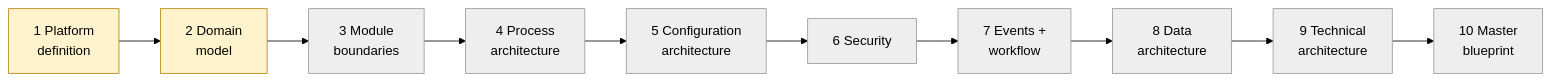
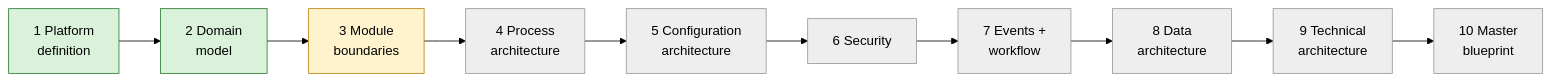
The diagram in docs/00-context/CURRENT-STATE.md (adityayadav30561-rgb/MASTER-ERP), drawn with Mermaid (forest theme) before and after one commit. The commit also changed other lines of this file and 27 other files, not shown here.

First line of the commit message:
Record founder decisions; add Step 3 module boundaries

````diff
--- a/docs/00-context/CURRENT-STATE.md
+++ b/docs/00-context/CURRENT-STATE.md
@@ -11,8 +11,8 @@
 ```mermaid
 flowchart LR
-    S1["1 Platform<br/>definition"]:::review --> S2["2 Domain<br/>model"]:::review --> S3["3 Module<br/>boundaries"]:::todo --> S4["4 Process<br/>architecture"]:::todo --> S5["5 Configuration<br/>architecture"]:::todo
+    S1["1 Platform<br/>definition"]:::done --> S2["2 Domain<br/>model"]:::done --> S3["3 Module<br/>boundaries"]:::review --> S4["4 Process<br/>architecture"]:::todo --> S5["5 Configuration<br/>architecture"]:::todo
     S5 --> S6["6 Security"]:::todo --> S7["7 Events +<br/>workflow"]:::todo --> S8["8 Data<br/>architecture"]:::todo --> S9["9 Technical<br/>architecture"]:::todo --> S10["10 Master<br/>blueprint"]:::todo
     classDef done fill:#d9f2d9,stroke:#2e7d32
     classDef review fill:#fff3cd,stroke:#b8860b
     classDef todo fill:#eeeeee,stroke:#999999
 ```
````
